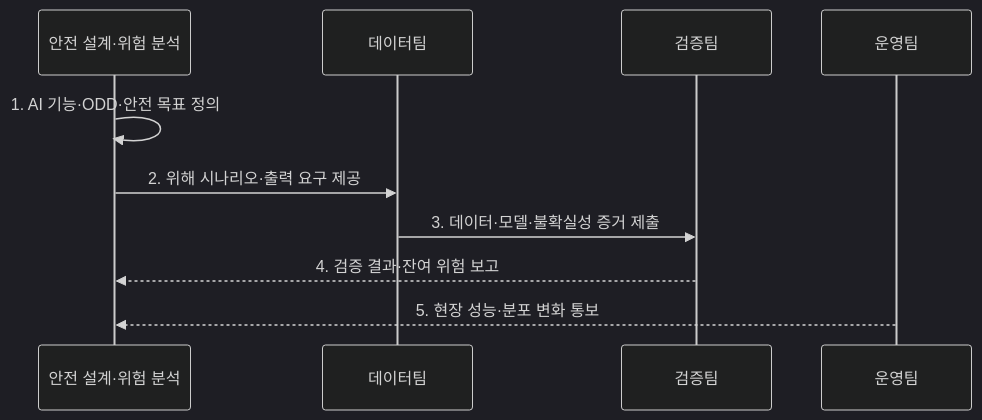
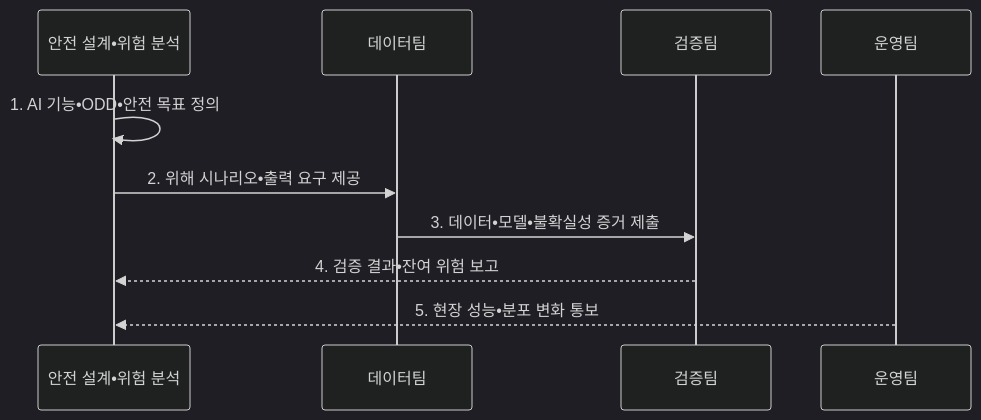
One commit to agnusdei1207/knowledge-base changed the second of 2 diagrams in src/content/docs/notes/07-law-policy/044_iso_pas_8800.md. Above: the diagram before and after it, drawn with Mermaid (dark theme). The commit also changed other lines of this file and 953 other files, not shown here.

````diff
--- a/src/content/docs/notes/07-law-policy/044_iso_pas_8800.md
+++ b/src/content/docs/notes/07-law-policy/044_iso_pas_8800.md
@@ -96,12 +96,12 @@
 ```mermaid
 sequenceDiagram
-    participant S as 안전 설계·위험 분석
+    participant S as 안전 설계•위험 분석
     participant D as 데이터팀
     participant V as 검증팀
     participant O as 운영팀
-    S->>S: 1. AI 기능·ODD·안전 목표 정의
-    S->>D: 2. 위해 시나리오·출력 요구 제공
-    D->>V: 3. 데이터·모델·불확실성 증거 제출
-    V-->>S: 4. 검증 결과·잔여 위험 보고
-    O-->>S: 5. 현장 성능·분포 변화 통보
+    S->>S: 1. AI 기능•ODD•안전 목표 정의
+    S->>D: 2. 위해 시나리오•출력 요구 제공
+    D->>V: 3. 데이터•모델•불확실성 증거 제출
+    V-->>S: 4. 검증 결과•잔여 위험 보고
+    O-->>S: 5. 현장 성능•분포 변화 통보
 ```
````
